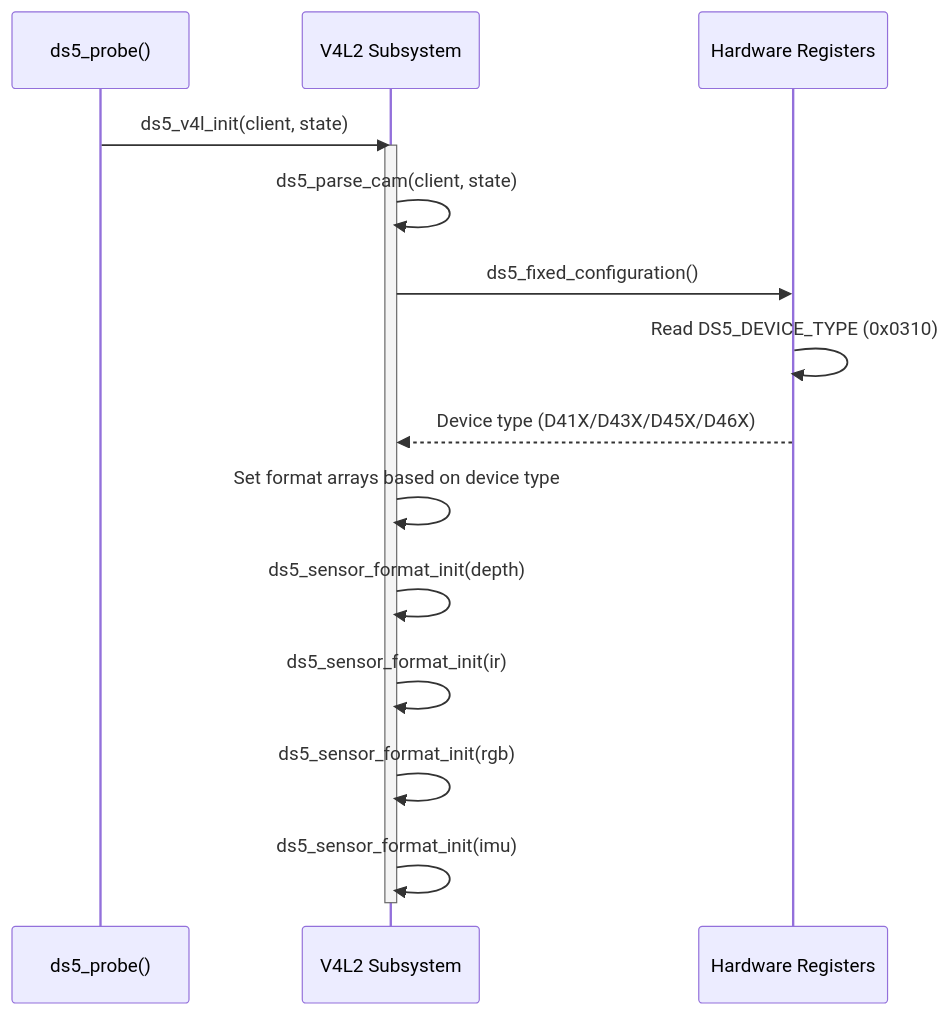
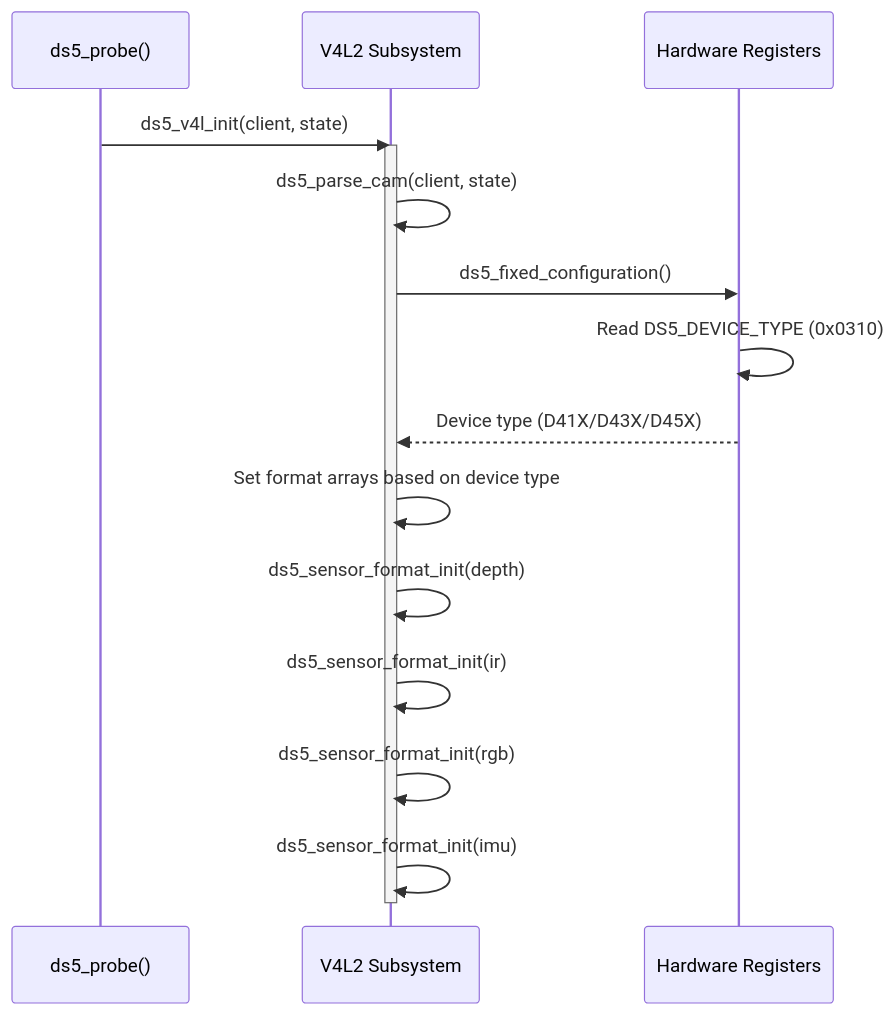
Before and after one commit to realsenseai/realsense_mipi_platform_driver: the eighth of 15 diagrams in probe_flow_sequence_diagram.md, drawn with Mermaid. The commit also changed other lines of this file and 231 other files, not shown here.

````diff
--- a/probe_flow_sequence_diagram.md
+++ b/probe_flow_sequence_diagram.md
@@ -441,18 +441,18 @@
 ```mermaid
 sequenceDiagram
     participant Probe as ds5_probe()
     participant V4L2 as V4L2 Subsystem
     participant HW as Hardware Registers
     Probe->>V4L2: ds5_v4l_init(client, state)
     activate V4L2
     V4L2->>V4L2: ds5_parse_cam(client, state)
     V4L2->>HW: ds5_fixed_configuration()
     HW->>HW: Read DS5_DEVICE_TYPE (0x0310)
-    HW-->>V4L2: Device type (D41X/D43X/D45X/D46X)
+    HW-->>V4L2: Device type (D41X/D43X/D45X)
     V4L2->>V4L2: Set format arrays based on device type
     V4L2->>V4L2: ds5_sensor_format_init(depth)
     V4L2->>V4L2: ds5_sensor_format_init(ir)
     V4L2->>V4L2: ds5_sensor_format_init(rgb)
     V4L2->>V4L2: ds5_sensor_format_init(imu)
     deactivate V4L2
 ```
````
